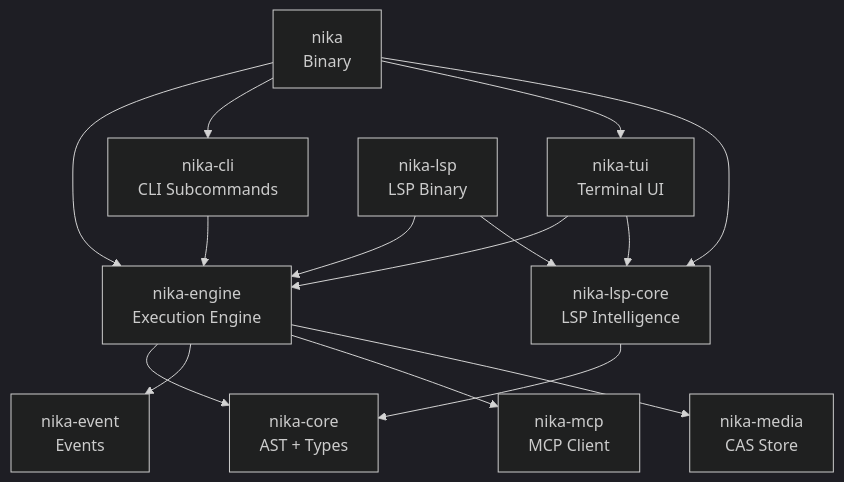
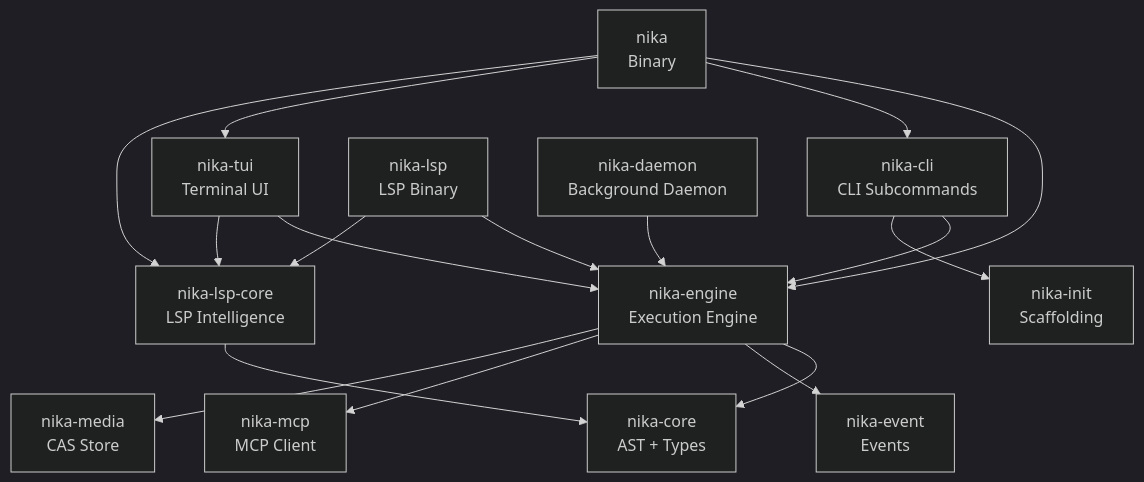
One commit to supernovae-st/nika changed the first of 2 diagrams in docs/content/technical/architecture-overview.md. Above: the diagram before and after it, drawn with Mermaid (dark theme). The commit also changed other lines of this file and 10 other files, not shown here.

````diff
--- a/docs/content/technical/architecture-overview.md
+++ b/docs/content/technical/architecture-overview.md
@@ -28,31 +30,36 @@
 ```mermaid
 graph TD
     NIKA[nika<br/>Binary]
     CLI[nika-cli<br/>CLI Subcommands]
     TUI[nika-tui<br/>Terminal UI]
     ENGINE[nika-engine<br/>Execution Engine]
     CORE[nika-core<br/>AST + Types]
     EVENT[nika-event<br/>Events]
     MCP[nika-mcp<br/>MCP Client]
     MEDIA[nika-media<br/>CAS Store]
     LSP_CORE[nika-lsp-core<br/>LSP Intelligence]
     LSP[nika-lsp<br/>LSP Binary]
+    INIT[nika-init<br/>Scaffolding]
+    DAEMON[nika-daemon<br/>Background Daemon]
 
     NIKA --> ENGINE
     NIKA --> CLI
     NIKA --> TUI
     NIKA --> LSP_CORE
 
     CLI --> ENGINE
+    CLI --> INIT
     TUI --> ENGINE
     TUI --> LSP_CORE
 
     ENGINE --> CORE
     ENGINE --> EVENT
     ENGINE --> MCP
     ENGINE --> MEDIA
 
     LSP --> ENGINE
     LSP --> LSP_CORE
     LSP_CORE --> CORE
+
+    DAEMON --> ENGINE
 ```
````
